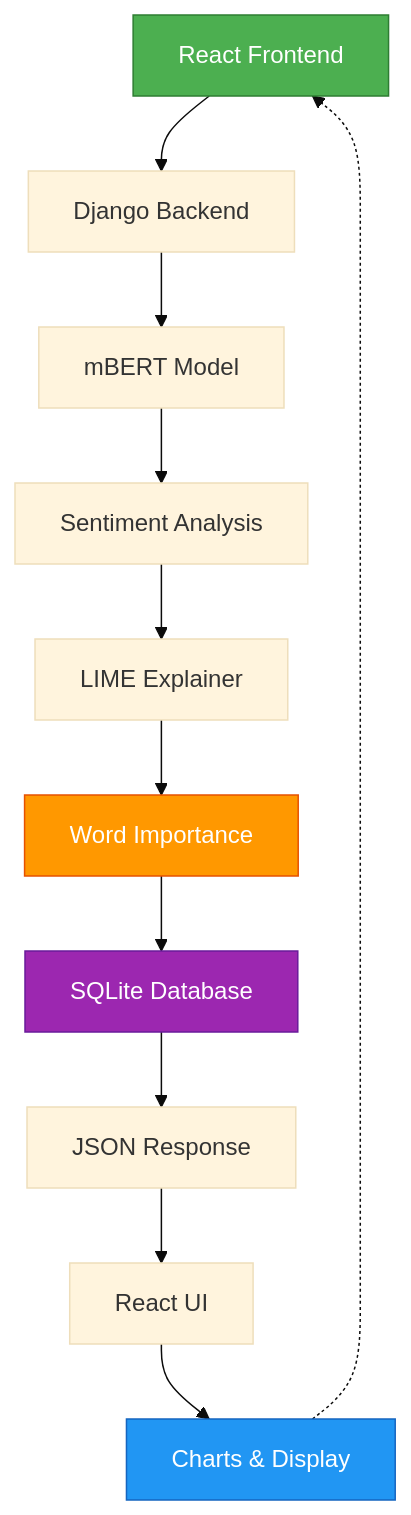
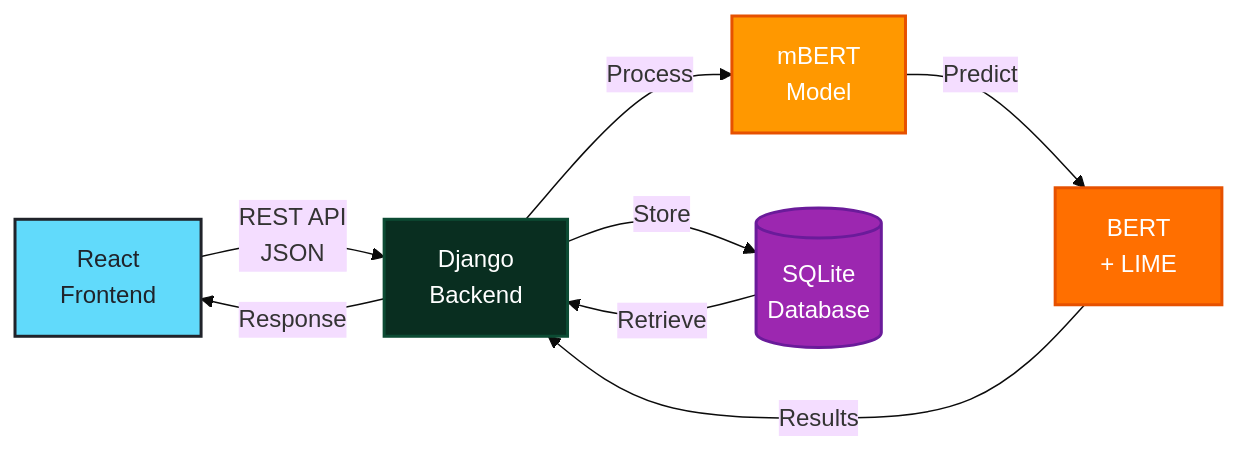
Before and after one commit to alphapie77/BanglaMovieReviewer: the first of 2 diagrams in README.md, drawn with Mermaid (base theme).

Commit message:
Create professional horizontal architecture with tech colors

````diff
--- a/README.md
+++ b/README.md
@@ -113,18 +113,16 @@
 ```mermaid
-graph TD
-    A[React Frontend] --> B[Django Backend]
-    B --> C[mBERT Model]
-    C --> D[Sentiment Analysis]
-    D --> E[LIME Explainer]
-    E --> F[Word Importance]
-    F --> G[SQLite Database]
-    G --> H[JSON Response]
-    H --> I[React UI]
-    I --> J[Charts & Display]
-    J -.-> A
+graph LR
+    A[React<br/>Frontend] -->|REST API<br/>JSON| B[Django<br/>Backend]
+    B -->|Process| C[mBERT<br/>Model]
+    C -->|Predict| D[BERT<br/>+ LIME]
+    D -->|Results| B
+    B -->|Store| E[(SQLite<br/>Database)]
+    E -->|Retrieve| B
+    B -->|Response| A
     
-    style A fill:#4CAF50,stroke:#2E7D32,color:#fff
-    style J fill:#2196F3,stroke:#1565C0,color:#fff
-    style F fill:#FF9800,stroke:#E65100,color:#fff
-    style G fill:#9C27B0,stroke:#6A1B9A,color:#fff
+    style A fill:#61dafb,stroke:#20232a,stroke-width:2px,color:#20232a
+    style B fill:#092e20,stroke:#0c4b33,stroke-width:2px,color:#fff
+    style C fill:#ff9800,stroke:#e65100,stroke-width:2px,color:#fff
+    style D fill:#ff6f00,stroke:#e65100,stroke-width:2px,color:#fff
+    style E fill:#9c27b0,stroke:#6a1b9a,stroke-width:2px,color:#fff
 ```
````
